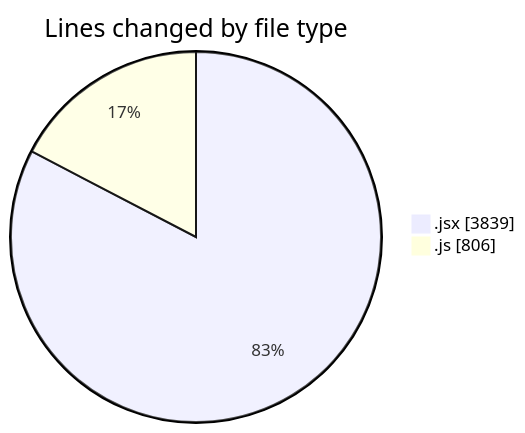
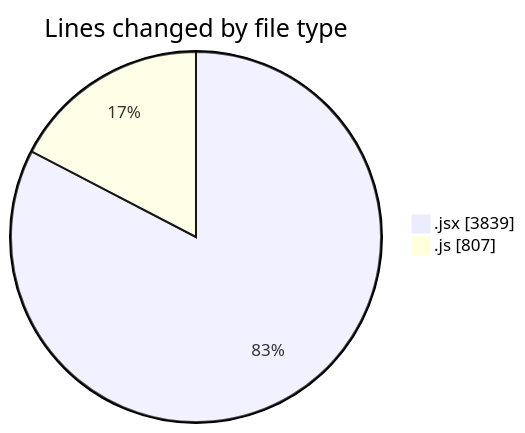
The first of 2 diagrams in 2025-07-14/argos/README.md (nxtqubesakshisongat/code-tracking), drawn with Mermaid before and after one commit. The commit also changed other lines of this file and 1 other file, not shown here.

````diff
--- a/2025-07-14/argos/README.md
+++ b/2025-07-14/argos/README.md
@@ -28,6 +28,6 @@
 ```mermaid
 pie showData
 title Lines changed by file type
 ".jsx" : 3839
-".js" : 806
+".js" : 807
 ```
````
